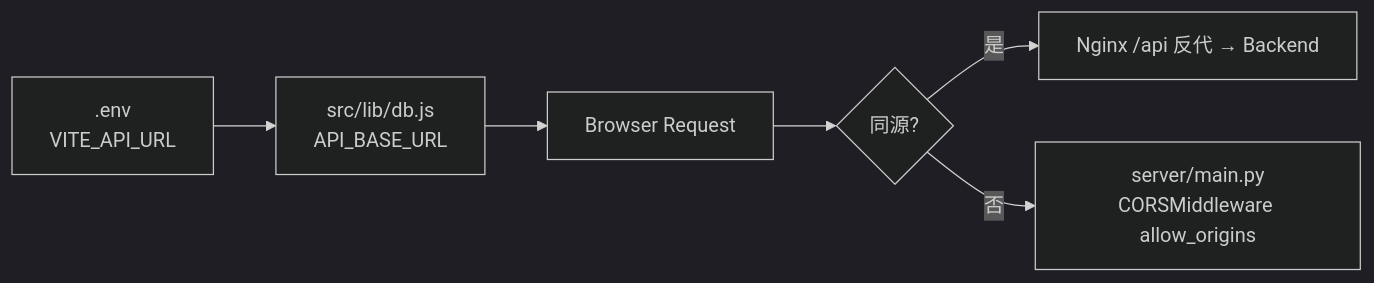
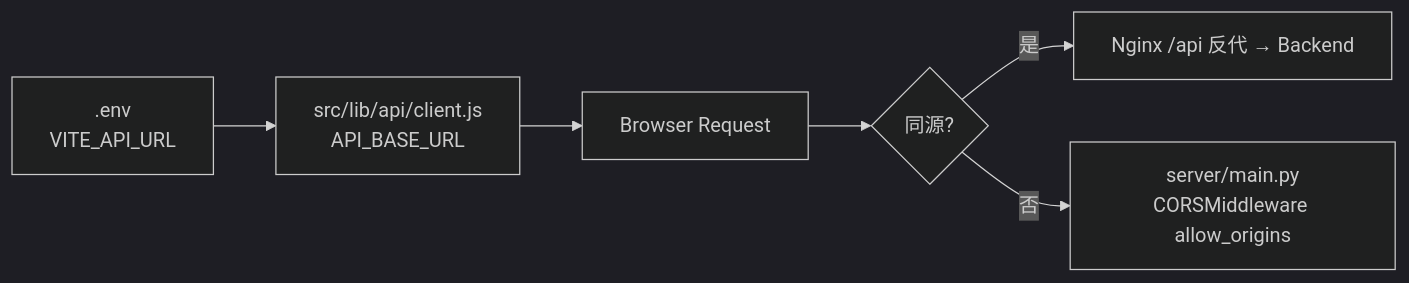
One commit to Shawn-csy/write_project changed diagram 13 of 15 in docs/product/data-flows.md. Above: the diagram before and after it, drawn with Mermaid (dark theme). The commit also changed other lines of this file and 113 other files, not shown here.

````diff
--- a/docs/product/data-flows.md
+++ b/docs/product/data-flows.md
@@ -226,8 +226,8 @@
 ```mermaid
 flowchart LR
-  A[.env\nVITE_API_URL] --> B[src/lib/db.js\nAPI_BASE_URL]
+  A[.env\nVITE_API_URL] --> B[src/lib/api/client.js\nAPI_BASE_URL]
   B --> C[Browser Request]
   C --> D{同源?}
   D -->|是| E[Nginx /api 反代 → Backend]
   D -->|否| F[server/main.py\nCORSMiddleware allow_origins]
 ```
````
